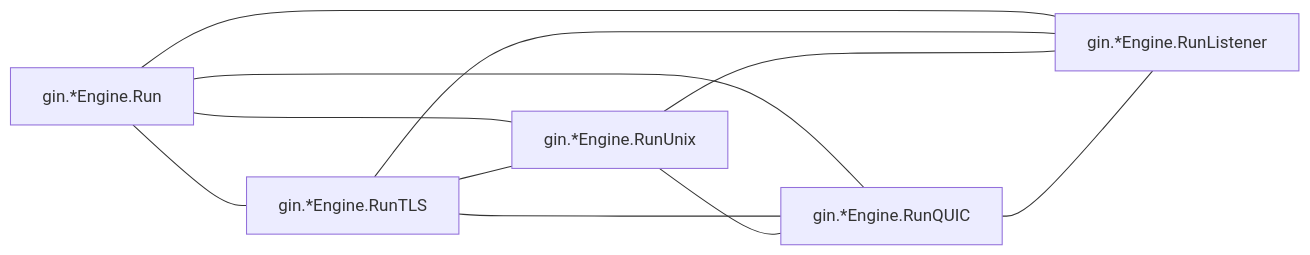
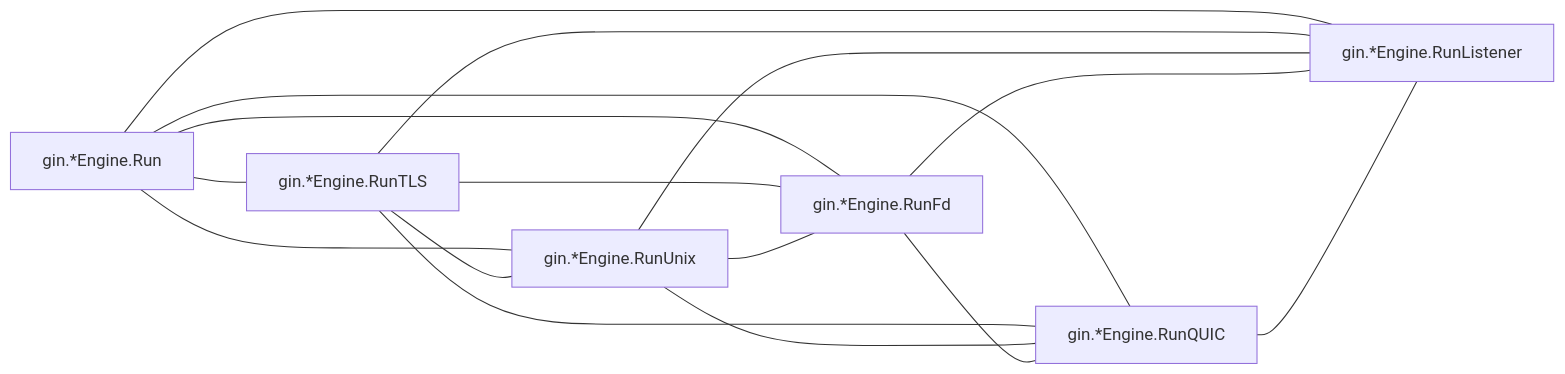
One commit to LukasSelin/doppel changed the third of 7 diagrams in examples/gin.md. Above: the diagram before and after it, drawn with Mermaid. The commit also changed other lines of this file and 9 other files, not shown here.

````diff
--- a/examples/gin.md
+++ b/examples/gin.md
@@ -848,18 +861,24 @@
 ```mermaid
 flowchart LR
     m0["gin.*Engine.Run"]
     m1["gin.*Engine.RunTLS"]
     m2["gin.*Engine.RunUnix"]
-    m3["gin.*Engine.RunQUIC"]
-    m4["gin.*Engine.RunListener"]
+    m3["gin.*Engine.RunFd"]
+    m4["gin.*Engine.RunQUIC"]
+    m5["gin.*Engine.RunListener"]
     m0 --- m1
     m0 --- m2
     m0 --- m3
     m0 --- m4
+    m0 --- m5
     m1 --- m2
     m1 --- m3
     m1 --- m4
+    m1 --- m5
     m2 --- m3
     m2 --- m4
+    m2 --- m5
     m3 --- m4
+    m3 --- m5
+    m4 --- m5
 ```
````
